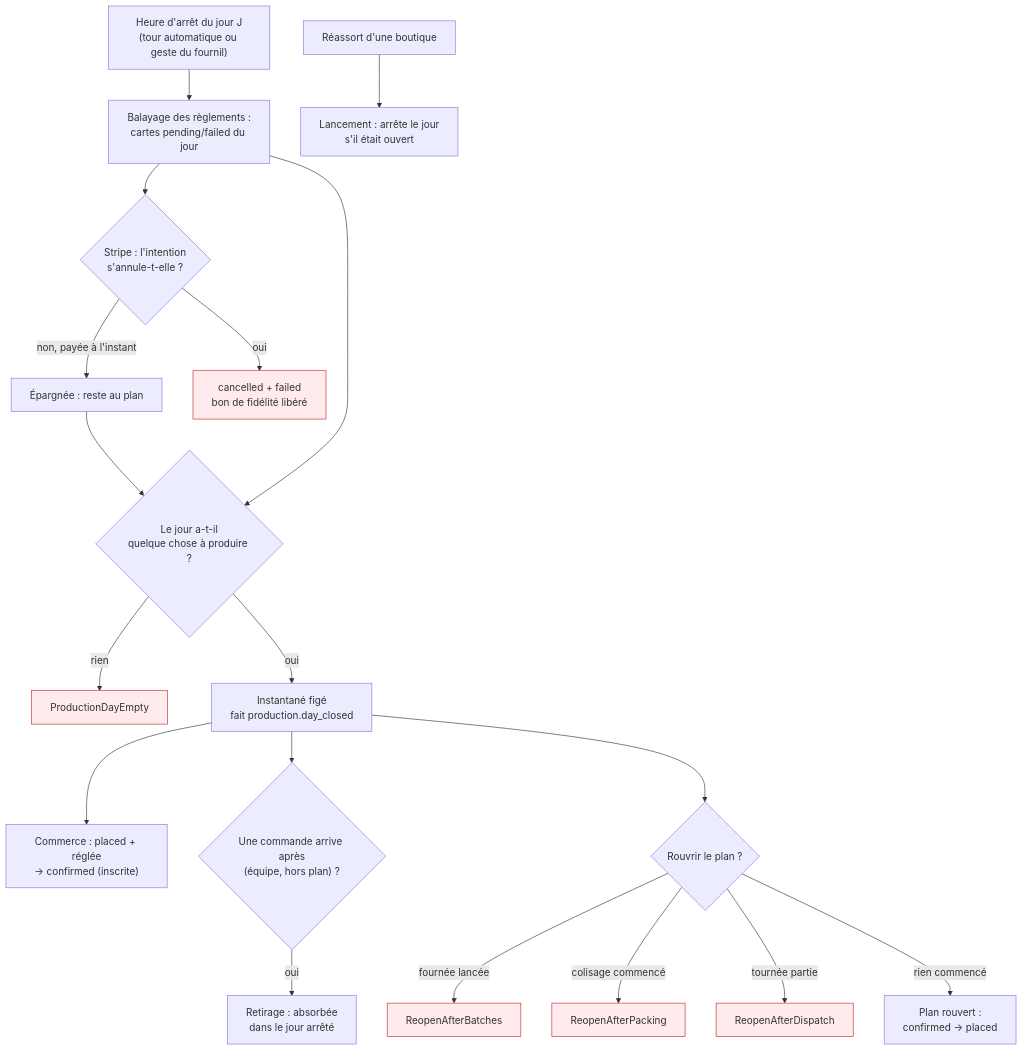
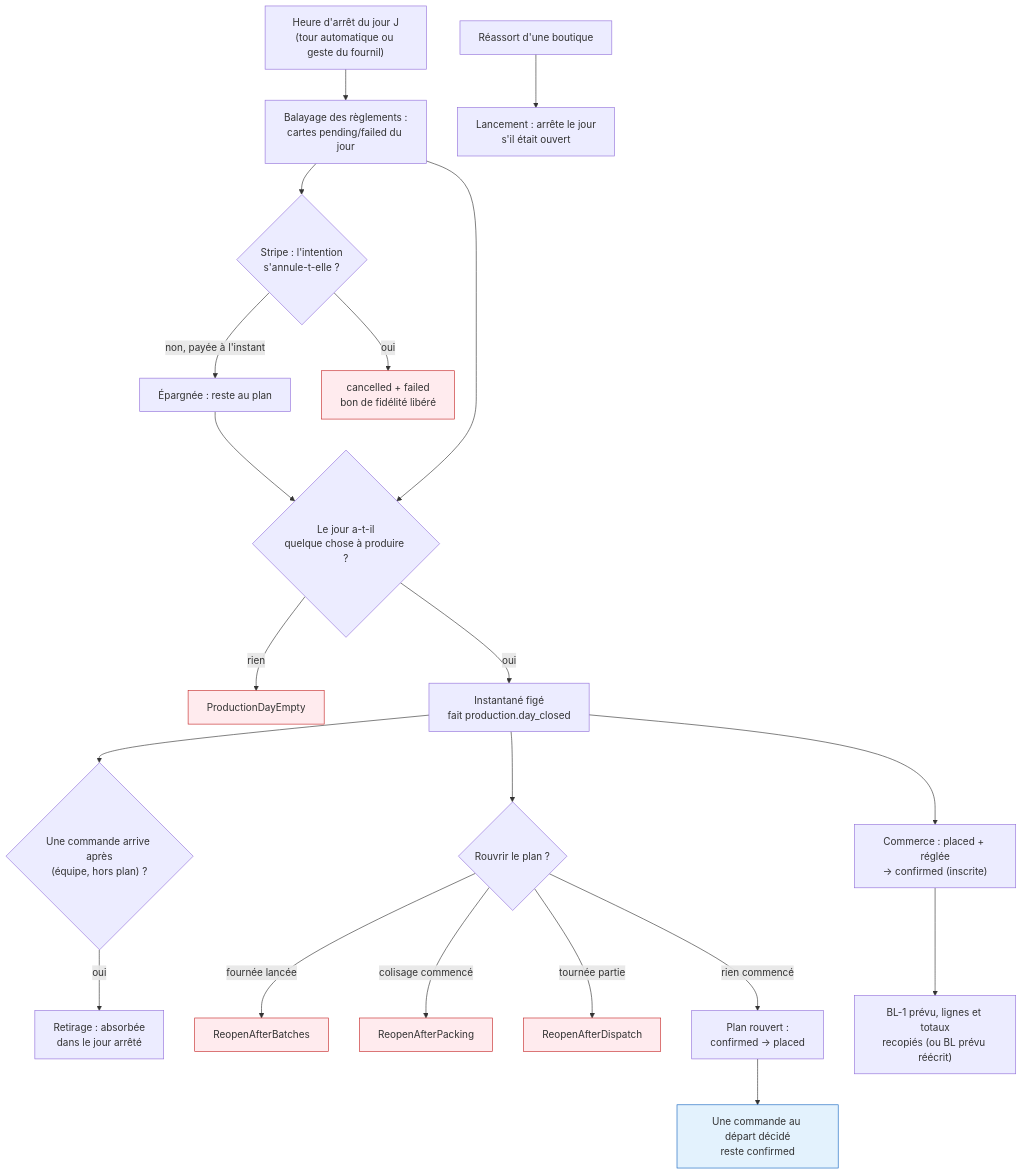
One commit to hugoheynard/lfd changed the third of 11 diagrams in documentation/commandes/parcours-complet.md. Above: the diagram before and after it, drawn with Mermaid. The commit also changed other lines of this file and 113 other files, not shown here.

````diff
--- a/documentation/commandes/parcours-complet.md
+++ b/documentation/commandes/parcours-complet.md
@@ -103,21 +120,24 @@
 ```mermaid
 flowchart TD
     T["Heure d'arrêt du jour J<br/>(tour automatique ou geste du fournil)"] --> SW["Balayage des règlements :<br/>cartes pending/failed du jour"]
     SW --> SP{"Stripe : l'intention<br/>s'annule-t-elle ?"}
     SP -->|"non, payée à l'instant"| KEEP["Épargnée : reste au plan"]
     SP -->|"oui"| FAIL["cancelled + failed<br/>bon de fidélité libéré"]:::sad
     KEEP --> CL
     SW --> CL{"Le jour a-t-il<br/>quelque chose à produire ?"}
     CL -->|"rien"| E1["ProductionDayEmpty"]:::sad
     CL -->|"oui"| SNAP["Instantané figé<br/>fait production.day_closed"]
     SNAP --> ABS["Commerce : placed + réglée<br/>→ confirmed (inscrite)"]
     SNAP --> RET{"Une commande arrive après<br/>(équipe, hors plan) ?"}
     RET -->|"oui"| RT["Retirage : absorbée<br/>dans le jour arrêté"]
     SNAP --> RO{"Rouvrir le plan ?"}
     RO -->|"fournée lancée"| E2["ReopenAfterBatches"]:::sad
     RO -->|"colisage commencé"| E3["ReopenAfterPacking"]:::sad
     RO -->|"tournée partie"| E4["ReopenAfterDispatch"]:::sad
     RO -->|"rien commencé"| REL["Plan rouvert :<br/>confirmed → placed"]
+    ABS --> BLP["BL-1 prévu, lignes et totaux<br/>recopiés (ou BL prévu réécrit)"]
+    REL --> KEEPD["Une commande au départ décidé<br/>reste confirmed"]:::bati
     RS["Réassort d'une boutique"] --> LR["Lancement : arrête le jour<br/>s'il était ouvert"]
+    classDef bati fill:#e3f2fd,stroke:#1565c0
     classDef sad fill:#ffebee,stroke:#c62828
 ```
````
